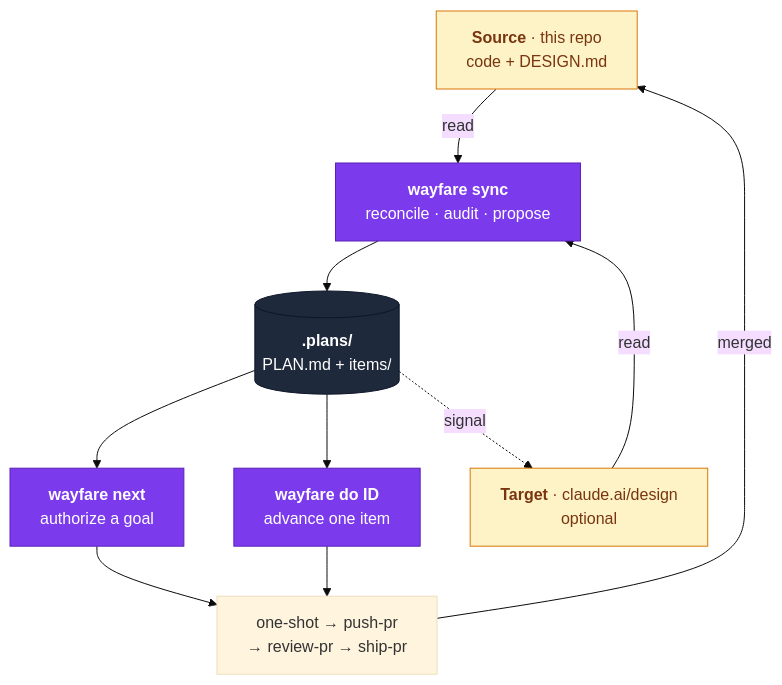
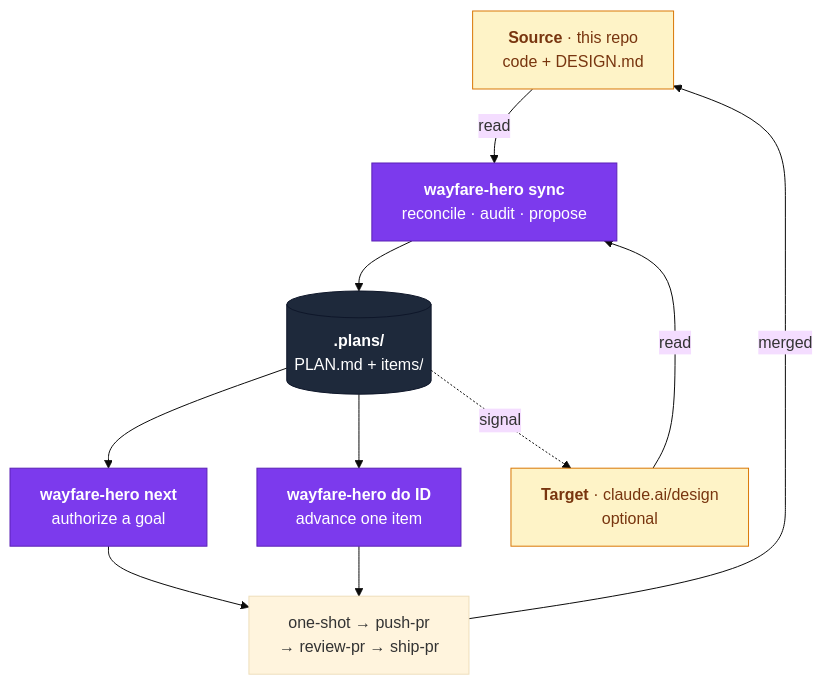
One commit to ai-hero/hero-skills changed the first of 4 diagrams in README.md. Above: the diagram before and after it, drawn with Mermaid (base theme). The commit also changed other lines of this file and 88 other files, not shown here.

````diff
--- a/README.md
+++ b/README.md
@@ -45,27 +45,27 @@
 ```mermaid
 flowchart TB
   SRC["<b>Source</b> · this repo<br/>code + DESIGN.md"]
   TGT["<b>Target</b> · claude.ai/design<br/>optional"]
-  PLAN["<b>wayfare sync</b><br/>reconcile · audit · propose"]
+  PLAN["<b>wayfare-hero sync</b><br/>reconcile · audit · propose"]
   STORE[("<b>.plans/</b><br/>PLAN.md + items/")]
-  NEXT["<b>wayfare next</b><br/>authorize a goal"]
-  DO["<b>wayfare do ID</b><br/>advance one item"]
+  NEXT["<b>wayfare-hero next</b><br/>authorize a goal"]
+  DO["<b>wayfare-hero do ID</b><br/>advance one item"]
   BUILD["one-shot → push-pr<br/>→ review-pr → ship-pr"]
 
   SRC -- read --> PLAN
   TGT -- read --> PLAN
   PLAN --> STORE
   STORE --> NEXT
   STORE --> DO
   NEXT --> BUILD
   DO --> BUILD
   BUILD -- merged --> SRC
   STORE -. signal .-> TGT
 
   classDef verb fill:#7C3AED,stroke:#5B21B6,color:#fff
   classDef store fill:#1E293B,stroke:#0F172A,color:#fff
   classDef end_ fill:#FEF3C7,stroke:#D97706,color:#78350F
   class PLAN,NEXT,DO verb
   class STORE store
   class SRC,TGT end_
 ```
````
